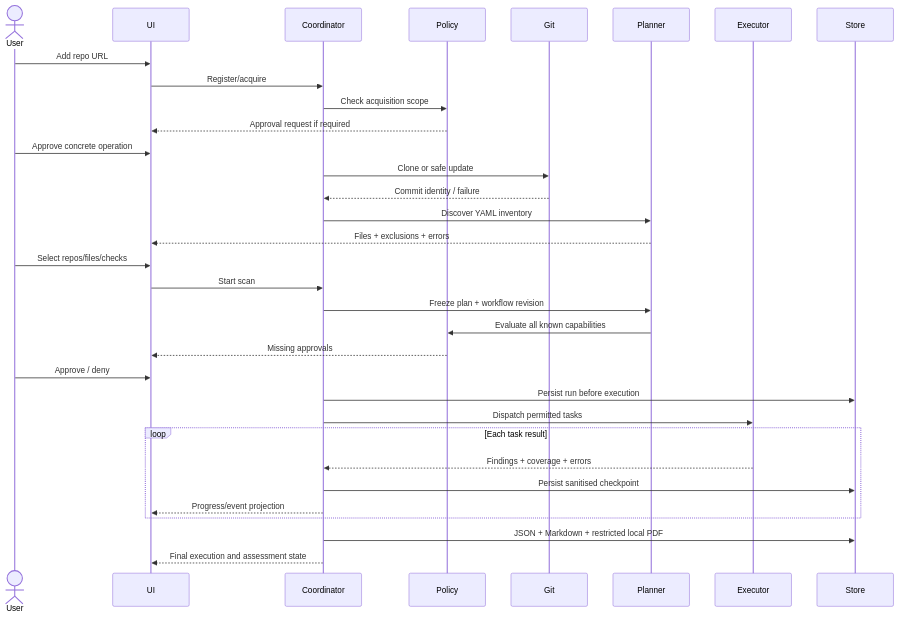
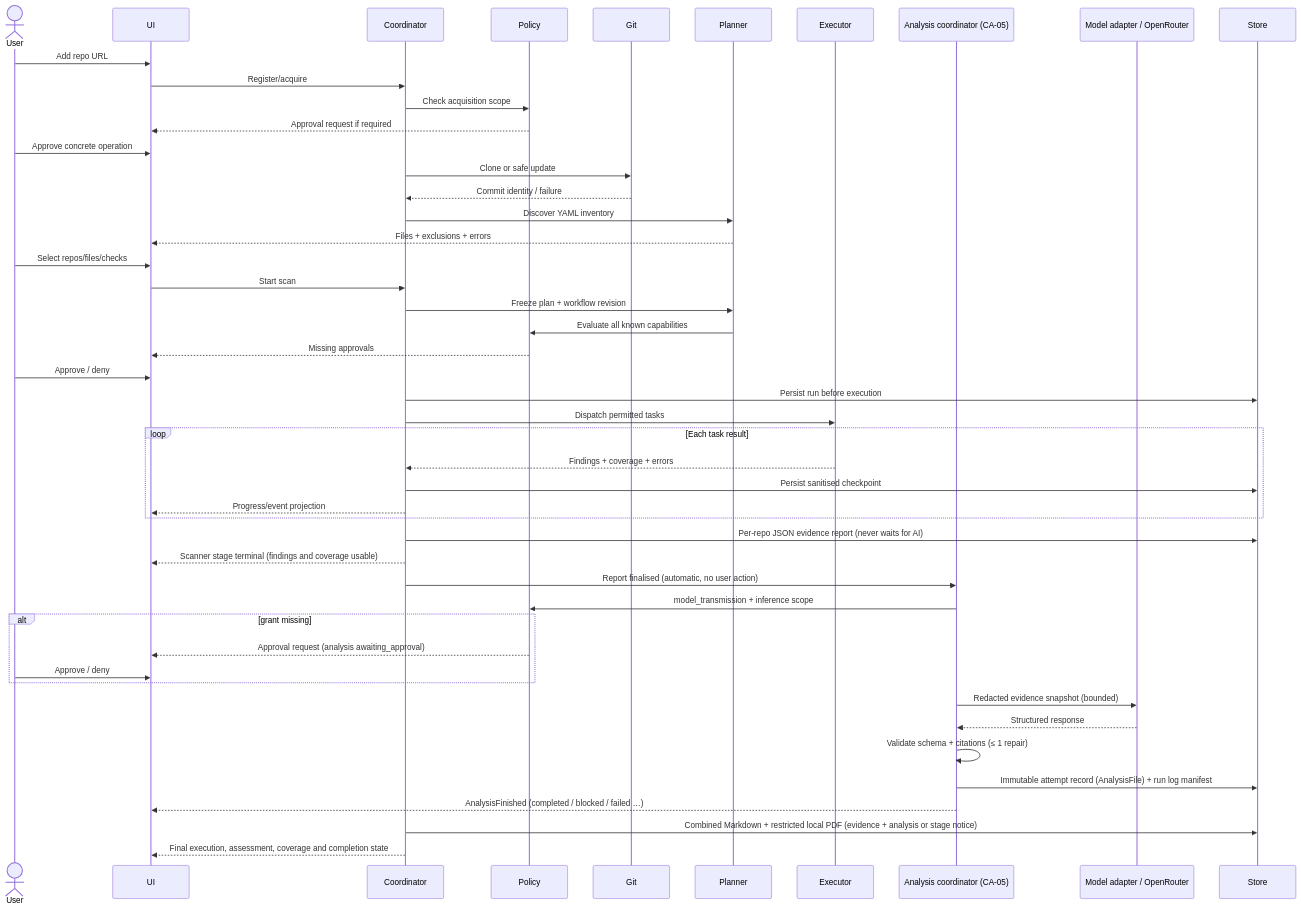
The third of 9 diagrams in 03_Architecture.md (Nil2004n/CI_CD_prod), drawn with Mermaid before and after one commit. The commit also changed other lines of this file and 19 other files, not shown here.

````diff
--- a/03_Architecture.md
+++ b/03_Architecture.md
@@ -96,35 +116,50 @@
 ```mermaid
 sequenceDiagram
   actor User
   participant UI
   participant Coordinator
   participant Policy
   participant Git
   participant Planner
   participant Executor
+  participant Analysis as Analysis coordinator (CA-05)
+  participant Model as Model adapter / OpenRouter
   participant Store
   User->>UI: Add repo URL
   UI->>Coordinator: Register/acquire
   Coordinator->>Policy: Check acquisition scope
   Policy-->>UI: Approval request if required
   User->>UI: Approve concrete operation
   Coordinator->>Git: Clone or safe update
   Git-->>Coordinator: Commit identity / failure
   Coordinator->>Planner: Discover YAML inventory
   Planner-->>UI: Files + exclusions + errors
   User->>UI: Select repos/files/checks
   UI->>Coordinator: Start scan
   Coordinator->>Planner: Freeze plan + workflow revision
   Planner->>Policy: Evaluate all known capabilities
   Policy-->>UI: Missing approvals
   User->>UI: Approve / deny
   Coordinator->>Store: Persist run before execution
   Coordinator->>Executor: Dispatch permitted tasks
   loop Each task result
     Executor-->>Coordinator: Findings + coverage + errors
     Coordinator->>Store: Persist sanitised checkpoint
     Coordinator-->>UI: Progress/event projection
   end
-  Coordinator->>Store: JSON + Markdown + restricted local PDF
-  Coordinator-->>UI: Final execution and assessment state
+  Coordinator->>Store: Per-repo JSON evidence report (never waits for AI)
+  Coordinator-->>UI: Scanner stage terminal (findings and coverage usable)
+  Coordinator->>Analysis: Report finalised (automatic, no user action)
+  Analysis->>Policy: model_transmission + inference scope
+  alt grant missing
+    Policy-->>UI: Approval request (analysis awaiting_approval)
+    User->>UI: Approve / deny
+  end
+  Analysis->>Model: Redacted evidence snapshot (bounded)
+  Model-->>Analysis: Structured response
+  Analysis->>Analysis: Validate schema + citations (≤ 1 repair)
+  Analysis->>Store: Immutable attempt record (AnalysisFile) + run log manifest
+  Analysis-->>UI: AnalysisFinished (completed / blocked / failed …)
+  Coordinator->>Store: Combined Markdown + restricted local PDF (evidence + analysis or stage notice)
+  Coordinator-->>UI: Final execution, assessment, coverage and completion state
 ```
````
